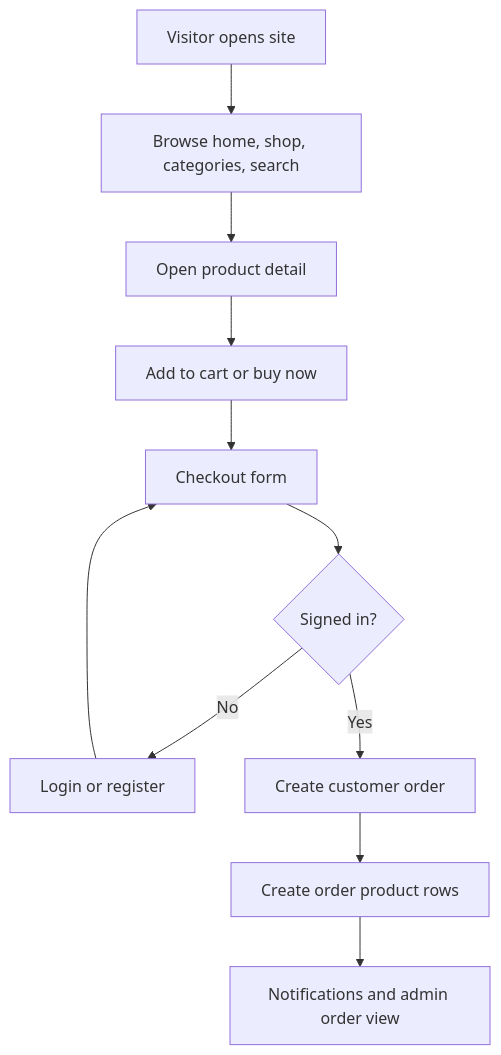
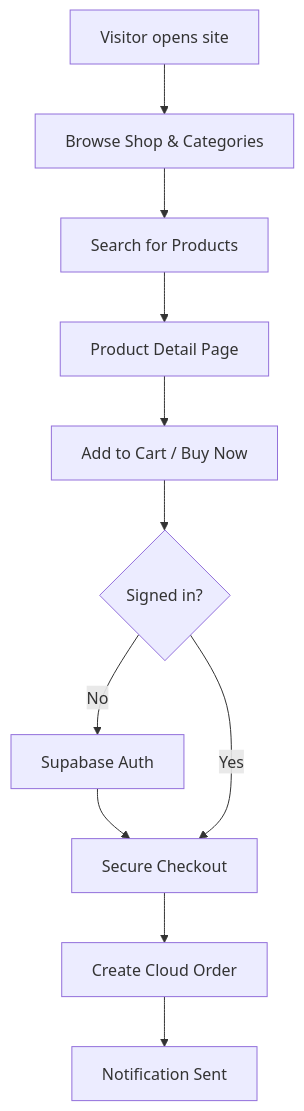
Before and after one commit to Arslan-web-Dev/full-stack-Electronics-eCommerce-Shop: the second of 4 diagrams in README.md, drawn with Mermaid. The commit also changed other lines of this file, not shown here.

````diff
--- a/README.md
+++ b/README.md
@@ -104,13 +56,13 @@
 ```mermaid
 flowchart TD
-  Visit["Visitor opens site"] --> Browse["Browse home, shop, categories, search"]
-  Browse --> Product["Open product detail"]
-  Product --> Cart["Add to cart or buy now"]
-  Cart --> Checkout["Checkout form"]
-  Checkout --> AuthCheck{"Signed in?"}
-  AuthCheck -- No --> Login["Login or register"]
-  Login --> Checkout
-  AuthCheck -- Yes --> CreateOrder["Create customer order"]
-  CreateOrder --> OrderItems["Create order product rows"]
-  OrderItems --> Notify["Notifications and admin order view"]
+  Visit["Visitor opens site"] --> Browse["Browse Shop & Categories"]
+  Browse --> Search["Search for Products"]
+  Search --> Product["Product Detail Page"]
+  Product --> Cart["Add to Cart / Buy Now"]
+  Cart --> AuthCheck{"Signed in?"}
+  AuthCheck -- No --> Login["Supabase Auth"]
+  Login --> Checkout["Secure Checkout"]
+  AuthCheck -- Yes --> Checkout
+  Checkout --> CreateOrder["Create Cloud Order"]
+  CreateOrder --> Notify["Notification Sent"]
 ```
````
